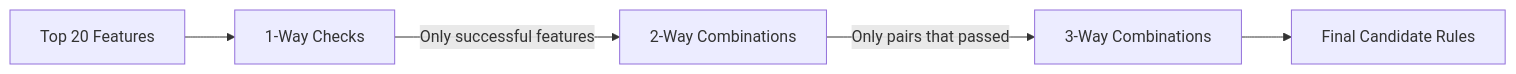
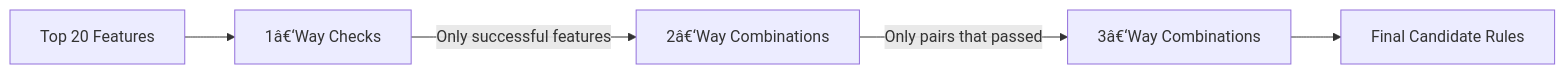
Before and after one commit to B2BDA/RapidSegment: the fourth of 4 diagrams in README.md, drawn with Mermaid. The commit also changed other lines of this file and 7 other files, not shown here.

````diff
--- a/README.md
+++ b/README.md
@@ -304,7 +325,7 @@
 ```mermaid
 flowchart LR
-    A[Top 20 Features] --> B[1‑Way Checks]
-    B -->|Only successful features| C[2‑Way Combinations]
-    C -->|Only pairs that passed| D[3‑Way Combinations]
+    A[Top 20 Features] --> B[1â€‘Way Checks]
+    B -->|Only successful features| C[2â€‘Way Combinations]
+    C -->|Only pairs that passed| D[3â€‘Way Combinations]
     D --> E[Final Candidate Rules]
 ```
````
